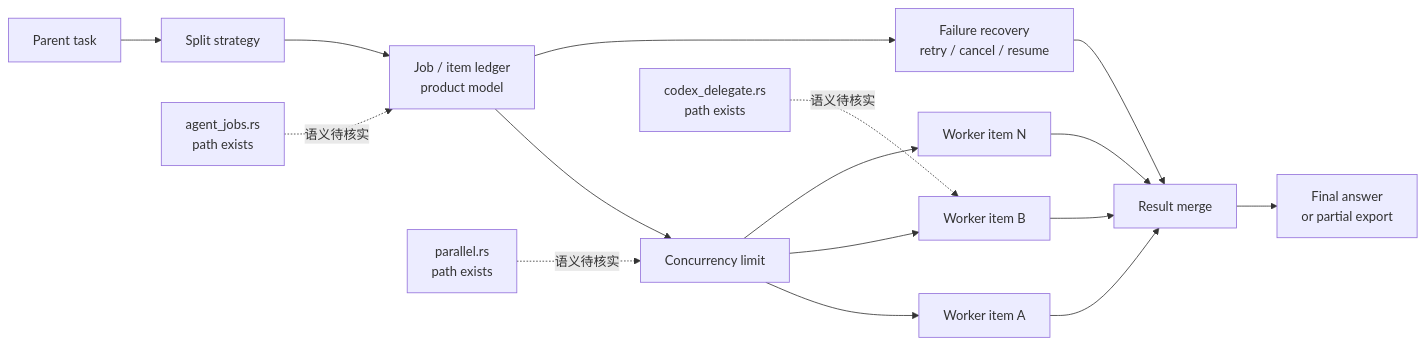
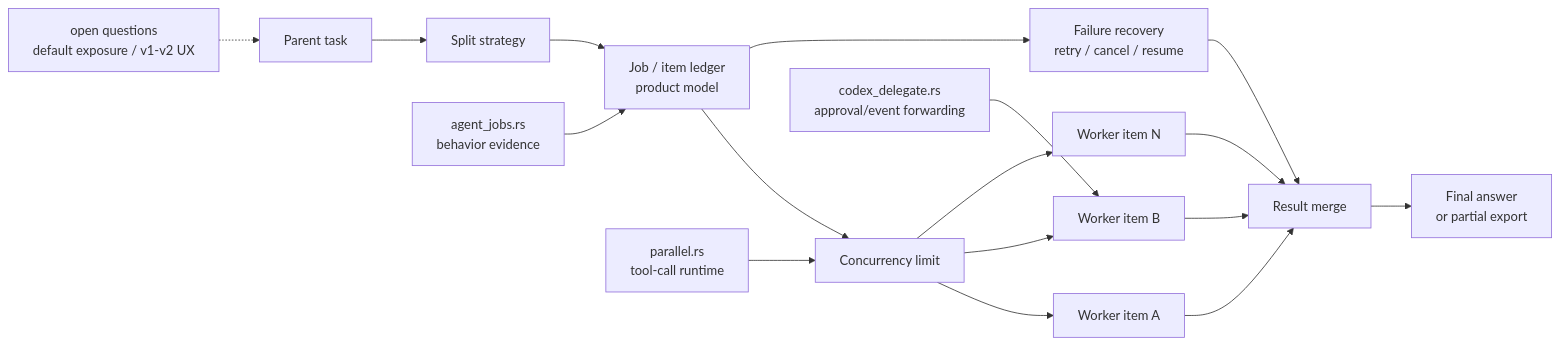
One commit to shihao-zhang/learn-codex changed the diagram in chapters/s11_subagents_parallel_jobs/diagram.mmd. Above: the diagram before and after it, drawn with Mermaid. The commit also changed 24 other files, not shown here.

```diff
--- a/chapters/s11_subagents_parallel_jobs/diagram.mmd
+++ b/chapters/s11_subagents_parallel_jobs/diagram.mmd
@@ -1,18 +1,19 @@
 flowchart LR
     P["Parent task"] --> Q["Split strategy"]
     Q --> J["Job / item ledger<br/>product model"]
     J --> L["Concurrency limit"]
     L --> W1["Worker item A"]
     L --> W2["Worker item B"]
     L --> W3["Worker item N"]
     W1 --> M["Result merge"]
     W2 --> M
     W3 --> M
     M --> F["Final answer<br/>or partial export"]
 
     J --> R["Failure recovery<br/>retry / cancel / resume"]
     R --> M
 
-    S1["agent_jobs.rs<br/>path exists"] -. "语义待核实" .-> J
-    S2["codex_delegate.rs<br/>path exists"] -. "语义待核实" .-> W2
-    S3["parallel.rs<br/>path exists"] -. "语义待核实" .-> L
+    S1["agent_jobs.rs<br/>behavior evidence"] --> J
+    S2["codex_delegate.rs<br/>approval/event forwarding"] --> W2
+    S3["parallel.rs<br/>tool-call runtime"] --> L
+    OQ["open questions<br/>default exposure / v1-v2 UX"] -.-> P
```
